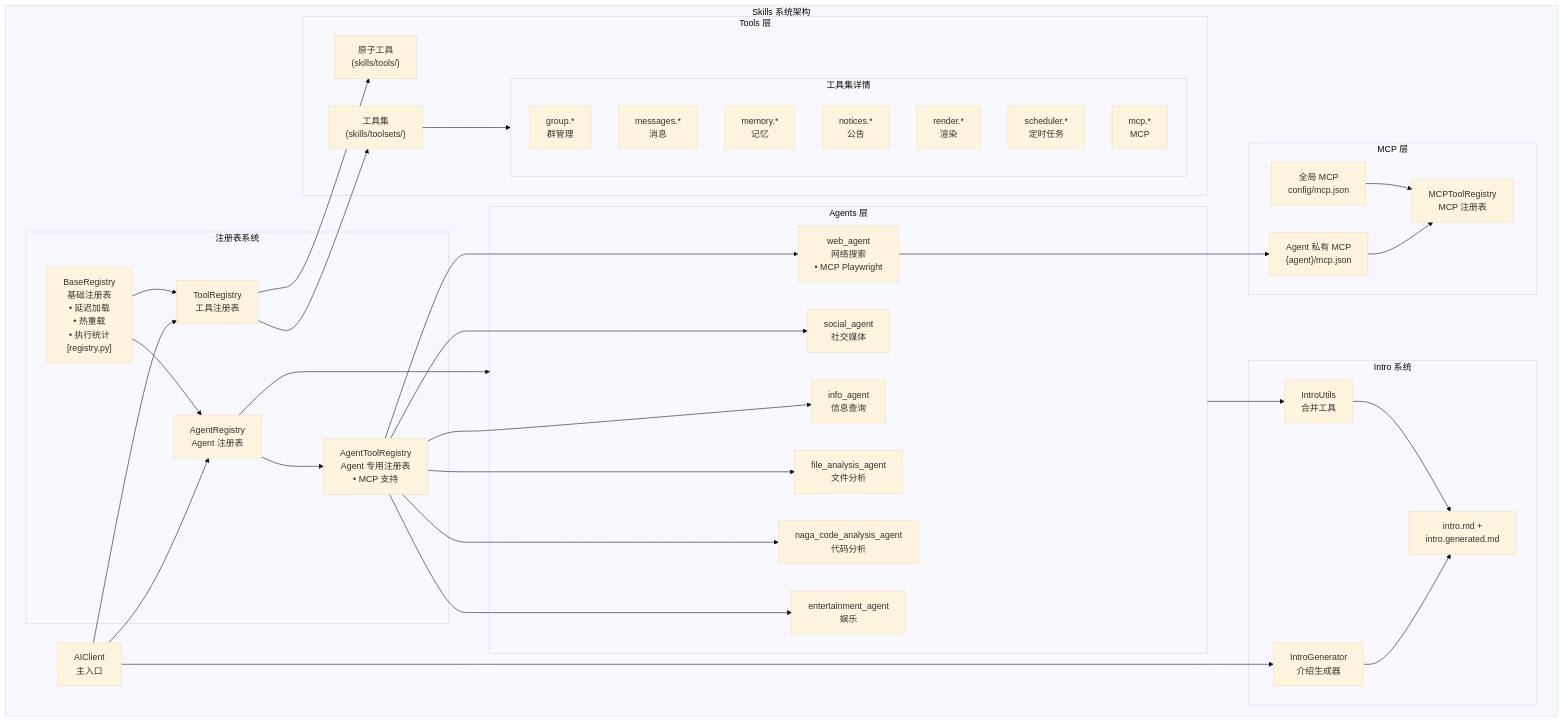
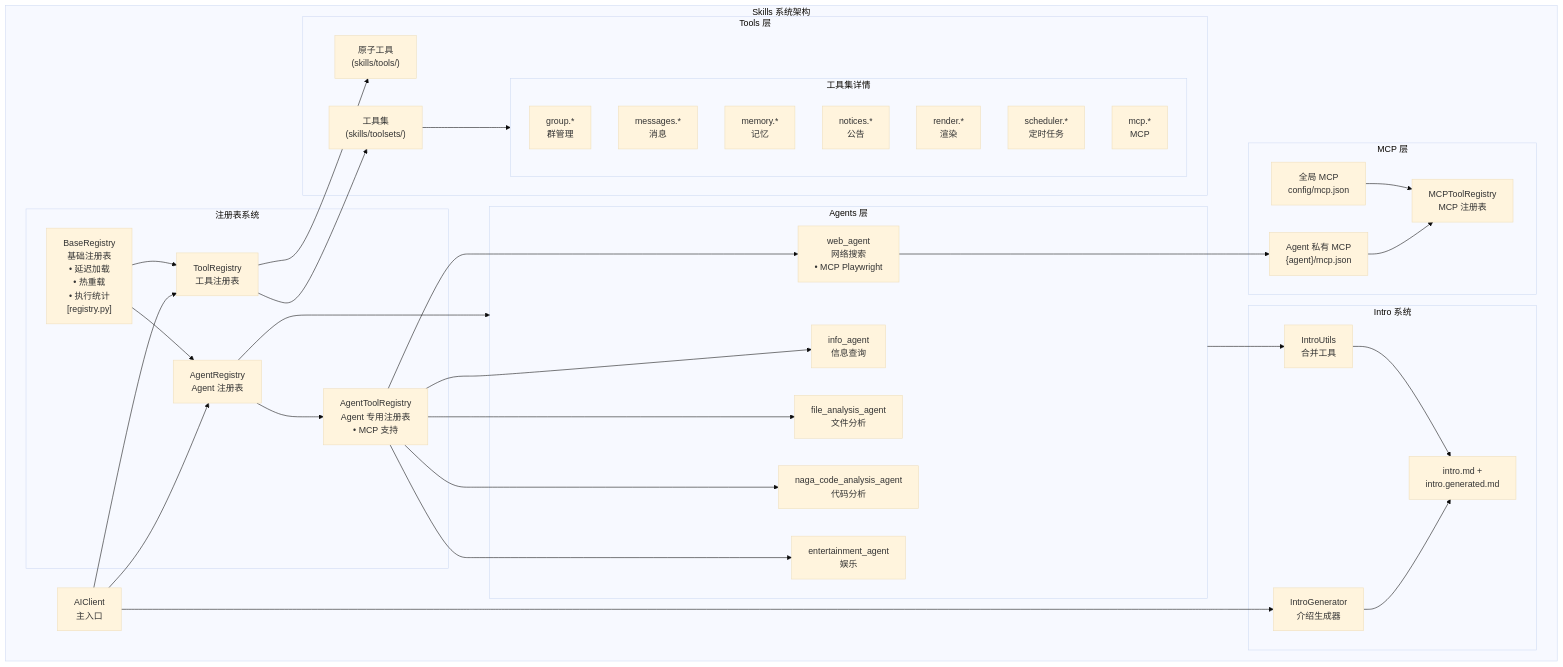
Before and after one commit to 69gg/Undefined: the third of 8 diagrams in ARCHITECTURE.md, drawn with Mermaid (base theme). The commit also changed other lines of this file and 34 other files, not shown here.

````diff
--- a/ARCHITECTURE.md
+++ b/ARCHITECTURE.md
@@ -395,77 +394,75 @@
 ```mermaid
 graph TB
     subgraph SkillsArchitecture["Skills 系统架构"]
         AIClient["AIClient<br/>主入口"]
         
         subgraph RegistrySystem["注册表系统"]
             BaseRegistry["BaseRegistry<br/>基础注册表<br/>• 延迟加载<br/>• 热重载<br/>• 执行统计<br/>[registry.py]"]
             ToolRegistry["ToolRegistry<br/>工具注册表"]
             AgentRegistry["AgentRegistry<br/>Agent 注册表"]
             AgentToolReg["AgentToolRegistry<br/>Agent 专用注册表<br/>• MCP 支持"]
         end
         
         subgraph ToolsLayer["Tools 层"]
             AtomicTools["原子工具<br/>(skills/tools/)"]
             Toolsets["工具集<br/>(skills/toolsets/)"]
             
             subgraph ToolsetsDetail["工具集详情"]
                 TGroup["group.*<br/>群管理"]
                 TMsg["messages.*<br/>消息"]
                 TMem["memory.*<br/>记忆"]
                 TNotice["notices.*<br/>公告"]
                 TRender["render.*<br/>渲染"]
                 TSched["scheduler.*<br/>定时任务"]
                 TMCP["mcp.*<br/>MCP"]
             end
         end
         
         subgraph AgentsLayer["Agents 层"]
             InfoAgent["info_agent<br/>信息查询"]
-            SocialAgent["social_agent<br/>社交媒体"]
             WebAgent["web_agent<br/>网络搜索<br/>• MCP Playwright"]
             FileAgent["file_analysis_agent<br/>文件分析"]
             NagaAgent["naga_code_analysis_agent<br/>代码分析"]
             EntAgent["entertainment_agent<br/>娱乐"]
         end
         
         subgraph IntroSystem["Intro 系统"]
             IntroGen["IntroGenerator<br/>介绍生成器"]
             IntroUtils["IntroUtils<br/>合并工具"]
             IntroFiles["intro.md +<br/>intro.generated.md"]
         end
         
         subgraph MCPLayer["MCP 层"]
             MCPReg["MCPToolRegistry<br/>MCP 注册表"]
             MCPGlobal["全局 MCP<br/>config/mcp.json"]
             MCPAgent["Agent 私有 MCP<br/>{agent}/mcp.json"]
         end
     end
     
     %% 连接
     AIClient --> ToolRegistry
     AIClient --> AgentRegistry
     AIClient --> IntroGen
     
     BaseRegistry --> ToolRegistry
     BaseRegistry --> AgentRegistry
     ToolRegistry --> AtomicTools
     ToolRegistry --> Toolsets
     Toolsets --> ToolsetsDetail
     AgentRegistry --> AgentsLayer
     
     AgentRegistry --> AgentToolReg
     AgentToolReg --> InfoAgent
-    AgentToolReg --> SocialAgent
     AgentToolReg --> WebAgent
     AgentToolReg --> FileAgent
     AgentToolReg --> NagaAgent
     AgentToolReg --> EntAgent
     
     WebAgent --> MCPAgent
     MCPAgent --> MCPReg
     MCPGlobal --> MCPReg
     
     IntroGen --> IntroFiles
     IntroUtils --> IntroFiles
     AgentsLayer --> IntroUtils
 ```
````
